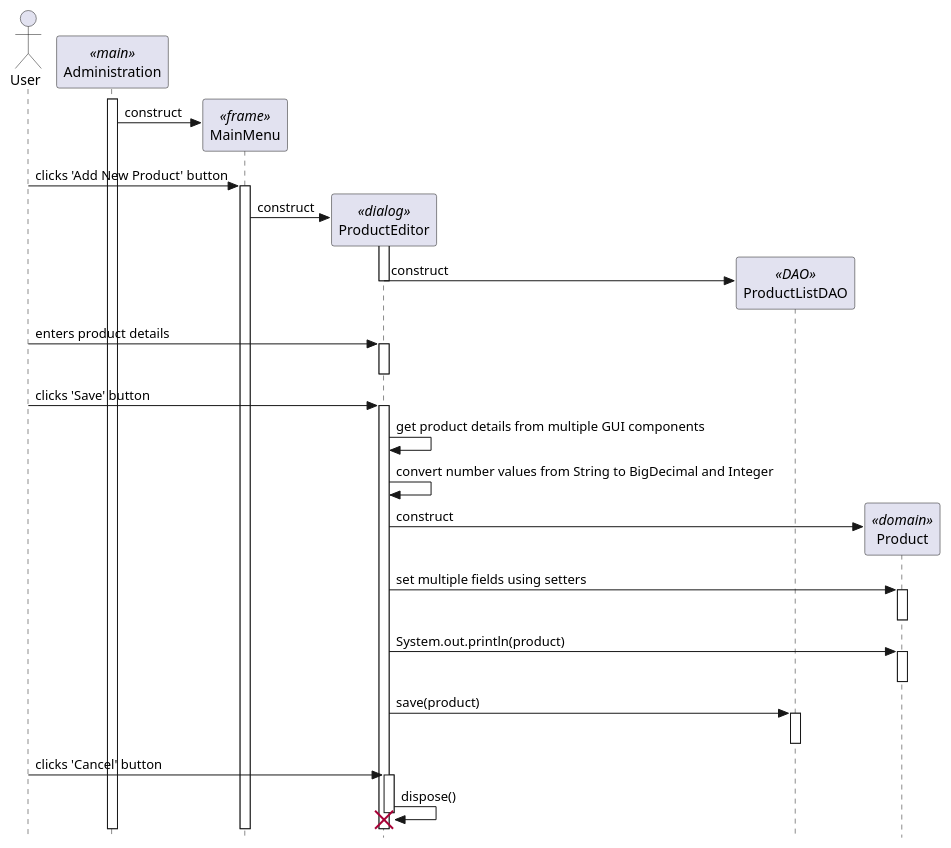
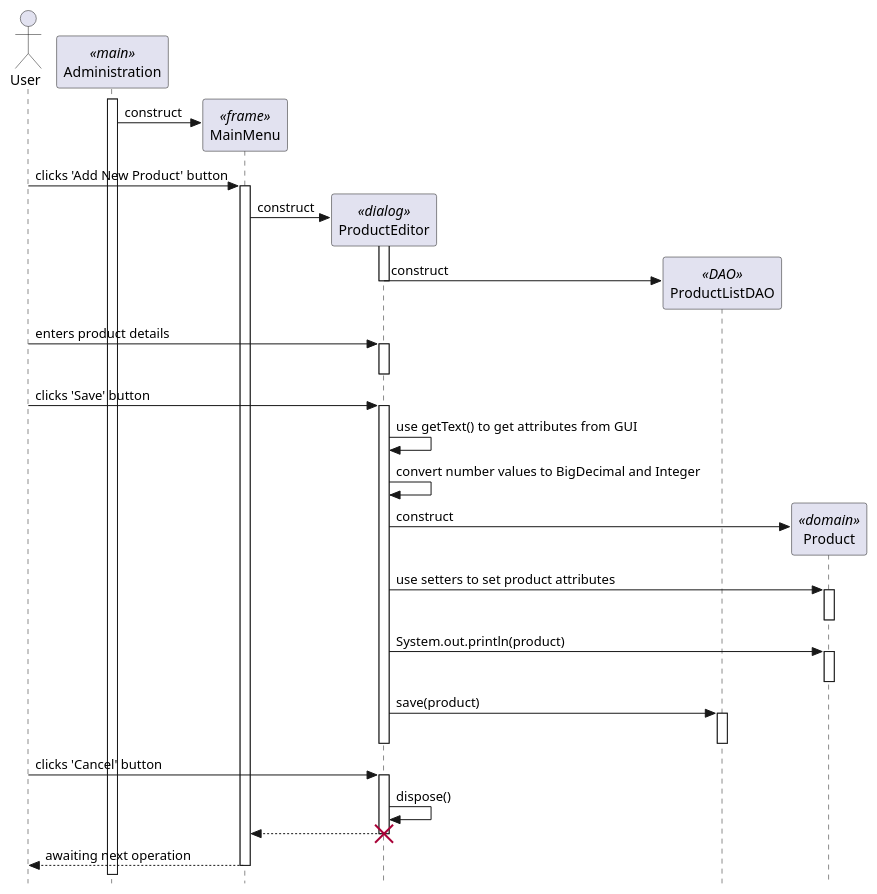
Before and after one commit to nikolahmcwin/shoppingSystem-info202: the diagram in addNewProduct.puml, drawn with PlantUML. The commit also changed 7 other files, not shown here.

Commit message:
Additions to use case 1 sequence diagram. References #6

```diff
--- a/addNewProduct.puml
+++ b/addNewProduct.puml
@@ -1,56 +1,65 @@
 @startuml
 
 ' use strict UML mode
 skinparam style strictuml
 
+' create actor user
 actor "User" as user
 
 ' create main adminstration 
 participant "Administration" as main <<main>>
 main++
 
 ' create main menu frame
 create "MainMenu" as menu <<frame>>
 main -> menu : construct
 
 user -> menu++ : clicks 'Add New Product' button
 
 ' create product editor dialog
 create "ProductEditor" as editor <<dialog>>
 menu -> editor : construct
 
-' activate editor constructor
 editor++
 
 ' create a DAO
 create "ProductListDAO" as dao <<DAO>>
 editor -> dao : construct 
+
 editor--
 
 ' user enters product details and clicks the save product button
 user -> editor++ : enters product details
 editor--
+
 user -> editor++ : clicks 'Save' button
 
-editor -> editor : get product details from multiple GUI components
-editor -> editor : convert number values from String to BigDecimal and Integer
+' self interactions to pull text and run conversions
+editor -> editor : use getText() to get attributes from GUI
+editor -> editor : convert number values to BigDecimal and Integer
 
 ' create a Product
 create "Product" as product <<domain>>
 editor -> product : construct
 
-editor -> product++ : set multiple fields using setters
+editor -> product++ : use setters to set product attributes
 product-- 
 
 editor -> product++ : System.out.println(product)
 product--
 
 editor -> dao++ : save(product)
 dao--
+editor--
 
 ' dispose dialog
 user -> editor++ : clicks 'Cancel' button
 editor -> editor : dispose()
+
+' show control returning to menu as editor closes
+editor --> menu 
 destroy editor
 
+menu --> user-- : awaiting next operation
+
 @enduml
```
